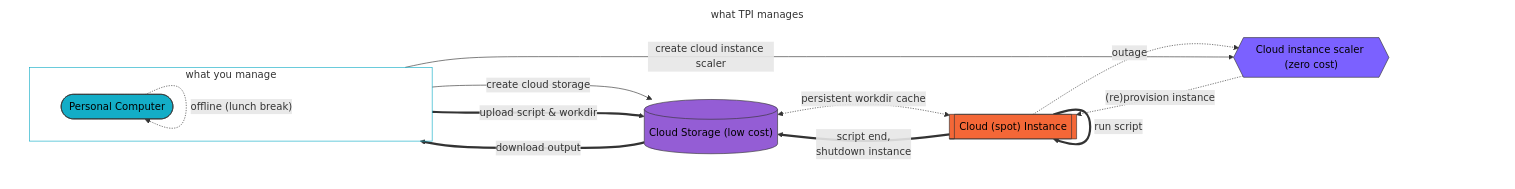
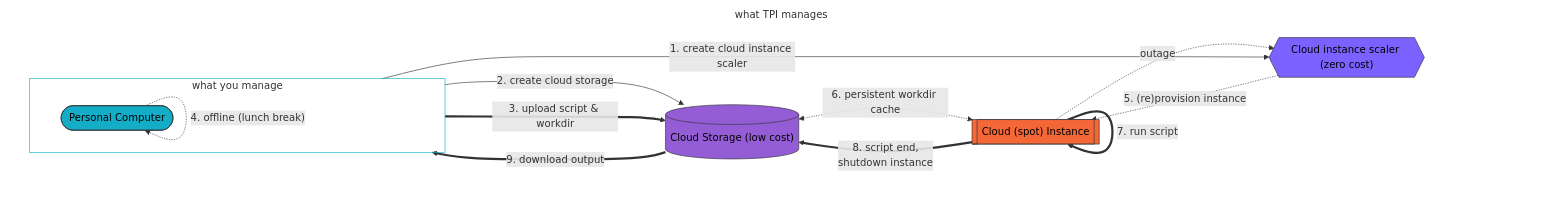
Before and after one commit to iterative/terraform-provider-iterative: the diagram in README.md, drawn with Mermaid.

Commit message:
low-level mermaid stages

````diff
--- a/README.md
+++ b/README.md
@@ -141,29 +141,29 @@
 ```mermaid
 flowchart LR
 subgraph tpi [what TPI manages]
 direction LR
     subgraph you [what you manage]
         direction LR
         A([Personal Computer])
     end
     B[("Cloud Storage (low cost)")]
     C{{"Cloud instance scaler (zero cost)"}}
     D[["Cloud (spot) Instance"]]
-    A ---> |create cloud storage| B
-    A --> |create cloud instance scaler| C
-    A ==> |upload script & workdir| B
-    A -.-> |"offline (lunch break)"| A
-    C -.-> |"(re)provision instance"| D
-    D ==> |run script| D
-    B <-.-> |persistent workdir cache| D
-    D ==> |script end,\nshutdown instance| B
+    A ---> |2. create cloud storage| B
+    A --> |1. create cloud instance scaler| C
+    A ==> |3. upload script & workdir| B
+    A -.-> |"4. offline (lunch break)"| A
+    C -.-> |"5. (re)provision instance"| D
+    D ==> |7. run script| D
+    B <-.-> |6. persistent workdir cache| D
+    D ==> |8. script end,\nshutdown instance| B
     D -.-> |outage| C
-    B ==> |download output| A
+    B ==> |9. download output| A
 end
 style you fill:#FFFFFF00,stroke:#13ADC7
 style tpi fill:#FFFFFF00,stroke:#FFFFFF00,stroke-width:0px
 style A fill:#13ADC7,stroke:#333333,color:#000000
 style B fill:#945DD5,stroke:#333333,color:#000000
 style D fill:#F46737,stroke:#333333,color:#000000
 style C fill:#7B61FF,stroke:#333333,color:#000000
 ```
````
